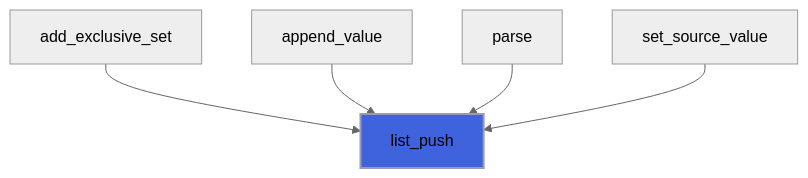
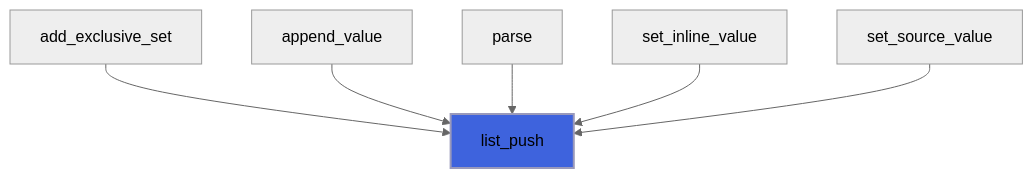
The third of 16 diagrams in docs/api/src/lib/flap_utils_m.md (szaghi/FLAP), drawn with Mermaid (neutral theme) before and after one commit. The commit also changed other lines of this file and 16 other files, not shown here.

````diff
--- a/docs/api/src/lib/flap_utils_m.md
+++ b/docs/api/src/lib/flap_utils_m.md
@@ -130,8 +133,9 @@
 ```mermaid
 flowchart TD
   add_exclusive_set["add_exclusive_set"] --> list_push["list_push"]
   append_value["append_value"] --> list_push["list_push"]
   parse["parse"] --> list_push["list_push"]
+  set_inline_value["set_inline_value"] --> list_push["list_push"]
   set_source_value["set_source_value"] --> list_push["list_push"]
   style list_push fill:#3e63dd,stroke:#99b,stroke-width:2px
 ```
````
